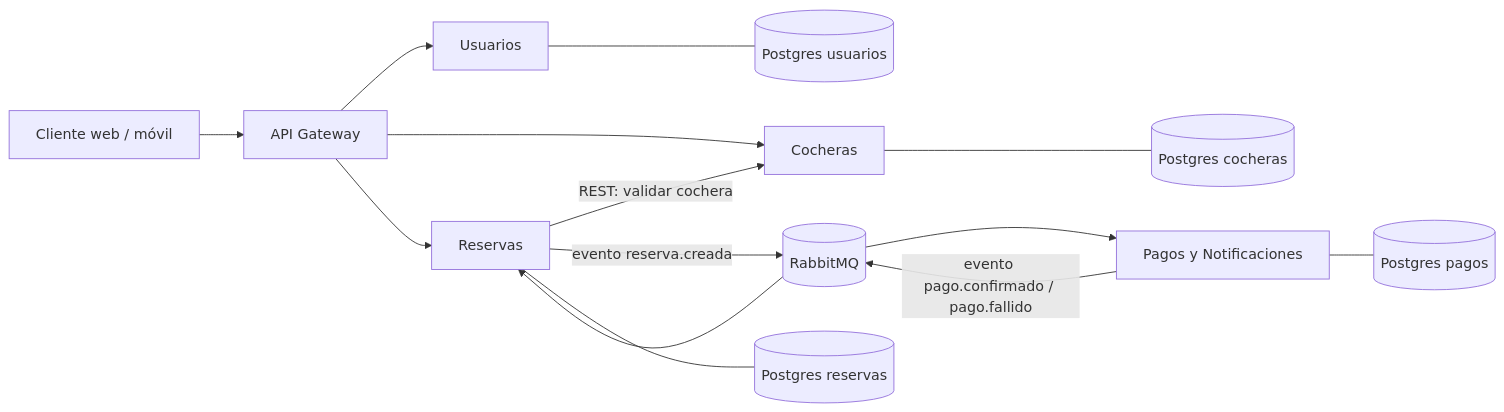
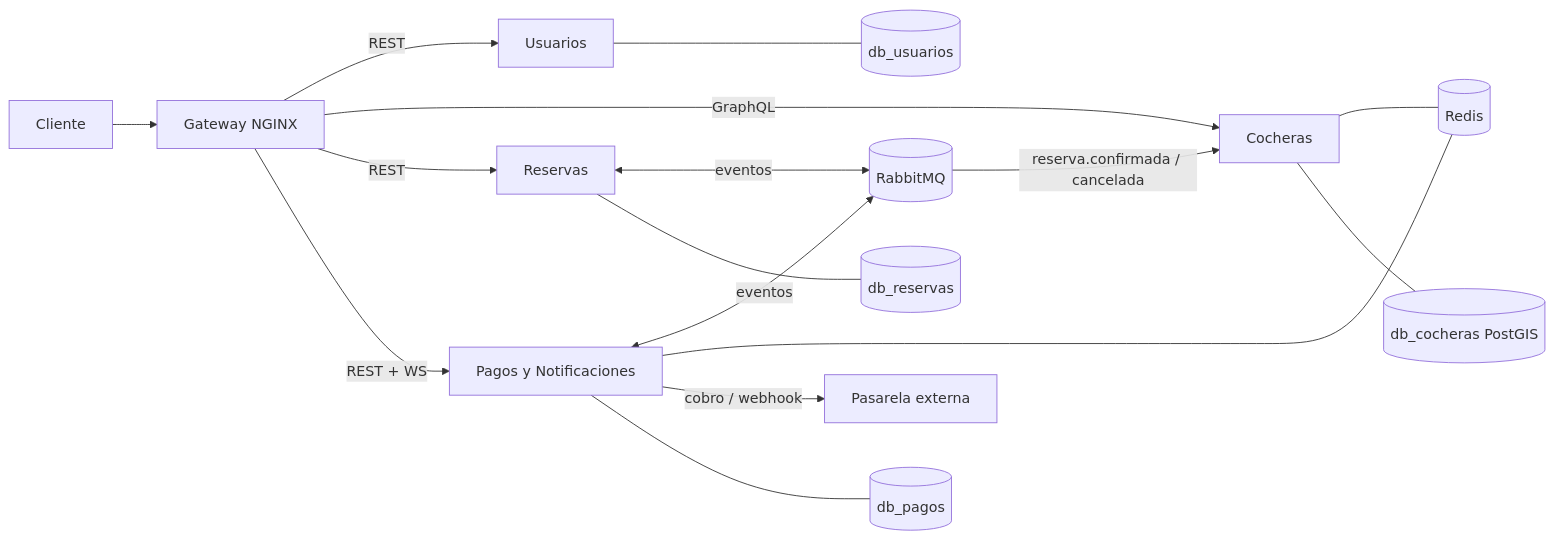
Before and after one commit to IgnacioIglesia/parkin: the diagram in docs/arquitectura.md, drawn with Mermaid. The commit also changed other lines of this file and 16 other files, not shown here.

````diff
--- a/docs/arquitectura.md
+++ b/docs/arquitectura.md
@@ -7,16 +20,18 @@
 ```mermaid
 flowchart LR
-    Web[Cliente web / móvil] --> GW[API Gateway]
-    GW --> U[Usuarios]
-    GW --> C[Cocheras]
-    GW --> R[Reservas]
-    R -- REST: validar cochera --> C
-    R -- evento reserva.creada --> MQ[(RabbitMQ)]
-    MQ --> P[Pagos y Notificaciones]
-    P -- evento pago.confirmado / pago.fallido --> MQ
-    MQ --> R
-    U --- DBU[(Postgres usuarios)]
-    C --- DBC[(Postgres cocheras)]
-    R --- DBR[(Postgres reservas)]
-    P --- DBP[(Postgres pagos)]
+    Cliente --> GW[Gateway NGINX]
+    GW -->|REST| U[Usuarios]
+    GW -->|GraphQL| C[Cocheras]
+    GW -->|REST| R[Reservas]
+    GW -->|REST + WS| P[Pagos y Notificaciones]
+    R <-->|eventos| MQ[(RabbitMQ)]
+    P <-->|eventos| MQ
+    MQ -->|reserva.confirmada / cancelada| C
+    C --- Redis[(Redis)]
+    P --- Redis
+    P -->|cobro / webhook| Pasarela[Pasarela externa]
+    U --- DBU[(db_usuarios)]
+    C --- DBC[(db_cocheras PostGIS)]
+    R --- DBR[(db_reservas)]
+    P --- DBP[(db_pagos)]
 ```
````
